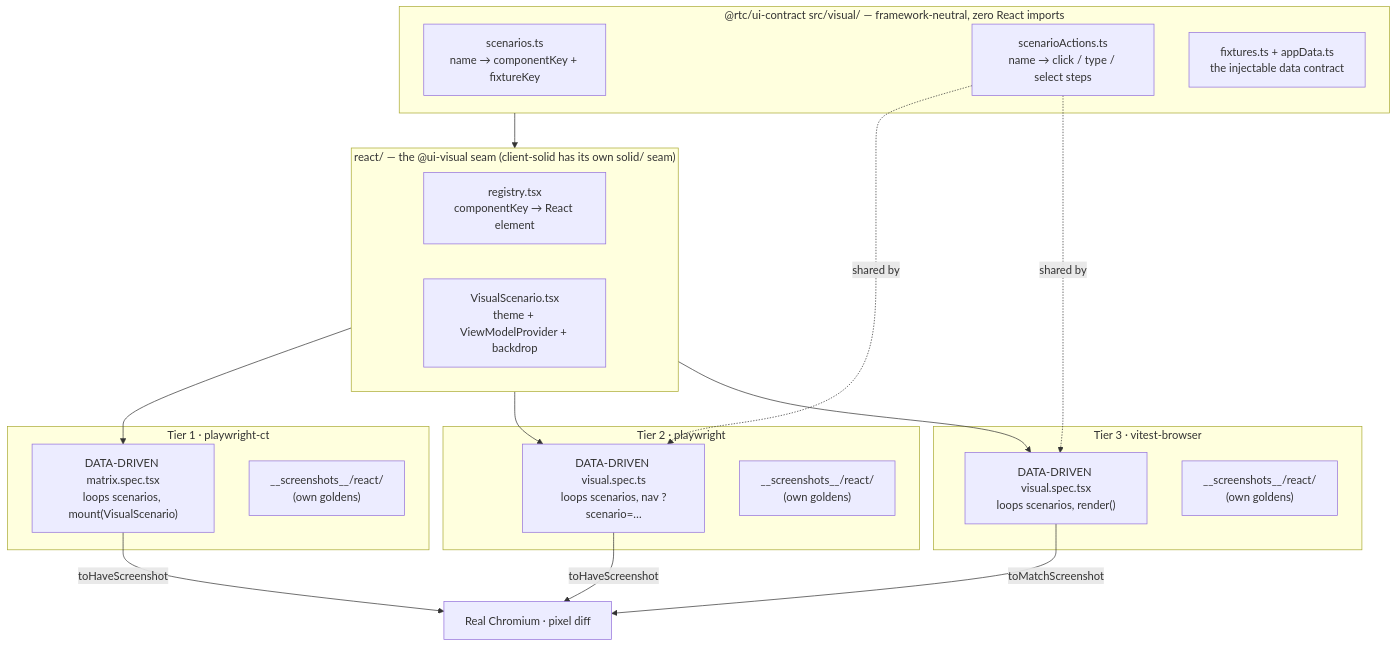
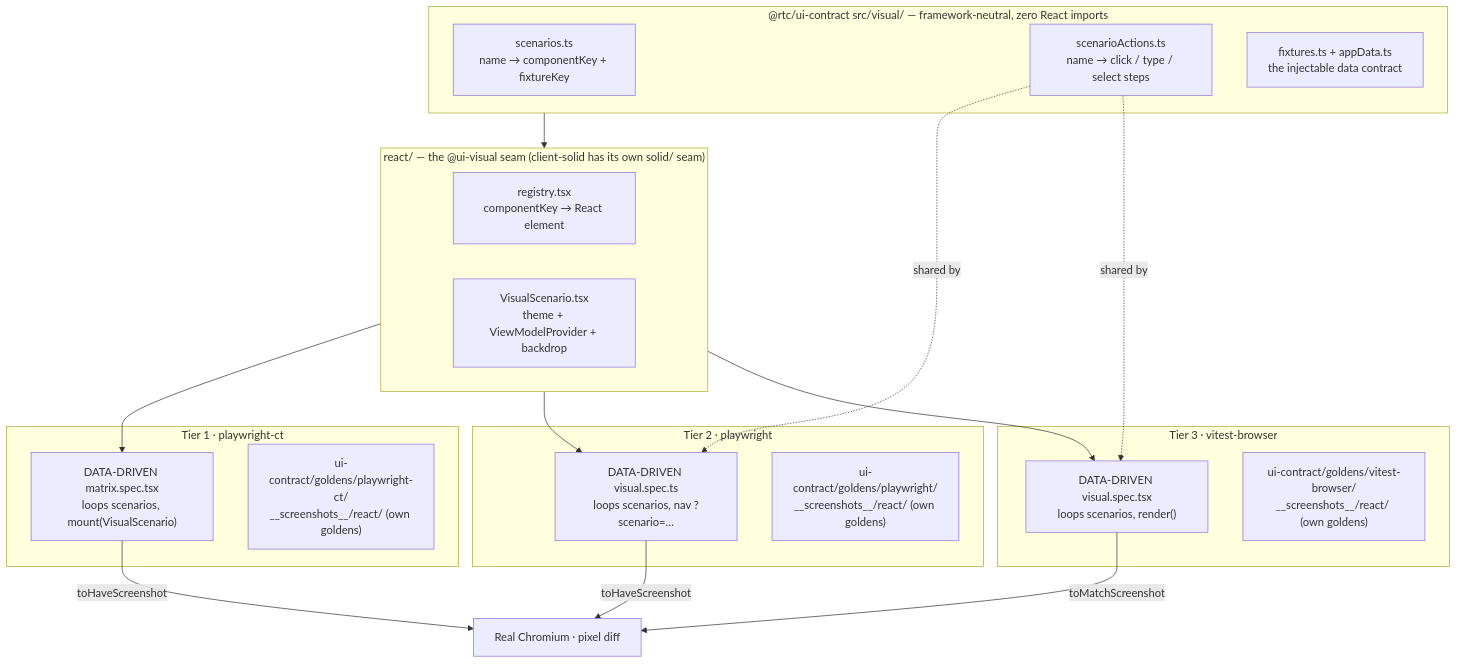
The diagram in packages/client-react/tests/ui/visual/README.md (bettersoftware-io/ReactiveTraderCloudClone), drawn with Mermaid before and after one commit. The commit also changed other lines of this file and 15 other files, not shown here.

First line of the commit message:
docs(goldens): relocation sweep — ui-contract/goldens is the pixel contract's home

````diff
--- a/packages/client-react/tests/ui/visual/README.md
+++ b/packages/client-react/tests/ui/visual/README.md
@@ -169,38 +175,38 @@
 ```mermaid
 flowchart TB
     subgraph CORE["@rtc/ui-contract src/visual/ — framework-neutral, zero React imports"]
         SC["scenarios.ts<br/>name → componentKey + fixtureKey"]
         SA["scenarioActions.ts<br/>name → click / type / select steps"]
         FX["fixtures.ts + appData.ts<br/>the injectable data contract"]
     end
 
     subgraph REACT["react/ — the @ui-visual seam (client-solid has its own solid/ seam)"]
         REG["registry.tsx<br/>componentKey → React element"]
         VS["VisualScenario.tsx<br/>theme + ViewModelProvider + backdrop"]
     end
 
     CORE --> REACT
 
     subgraph T1["Tier 1 · playwright-ct"]
         T1S["DATA-DRIVEN matrix.spec.tsx<br/>loops scenarios, mount(VisualScenario)"]
-        T1G["__screenshots__/react/<br/>(own goldens)"]
+        T1G["ui-contract/goldens/playwright-ct/<br/>__screenshots__/react/ (own goldens)"]
     end
     subgraph T2["Tier 2 · playwright"]
         T2S["DATA-DRIVEN visual.spec.ts<br/>loops scenarios, nav ?scenario=…"]
-        T2G["__screenshots__/react/<br/>(own goldens)"]
+        T2G["ui-contract/goldens/playwright/<br/>__screenshots__/react/ (own goldens)"]
     end
     subgraph T3["Tier 3 · vitest-browser"]
         T3S["DATA-DRIVEN visual.spec.tsx<br/>loops scenarios, render()"]
-        T3G["__screenshots__/react/<br/>(own goldens)"]
+        T3G["ui-contract/goldens/vitest-browser/<br/>__screenshots__/react/ (own goldens)"]
     end
 
     REACT --> T1S
     REACT --> T2S
     REACT --> T3S
     SA -. shared by .-> T2S
     SA -. shared by .-> T3S
 
     T1S -->|toHaveScreenshot| OUT["Real Chromium · pixel diff"]
     T2S -->|toHaveScreenshot| OUT
     T3S -->|toMatchScreenshot| OUT
 ```
````
